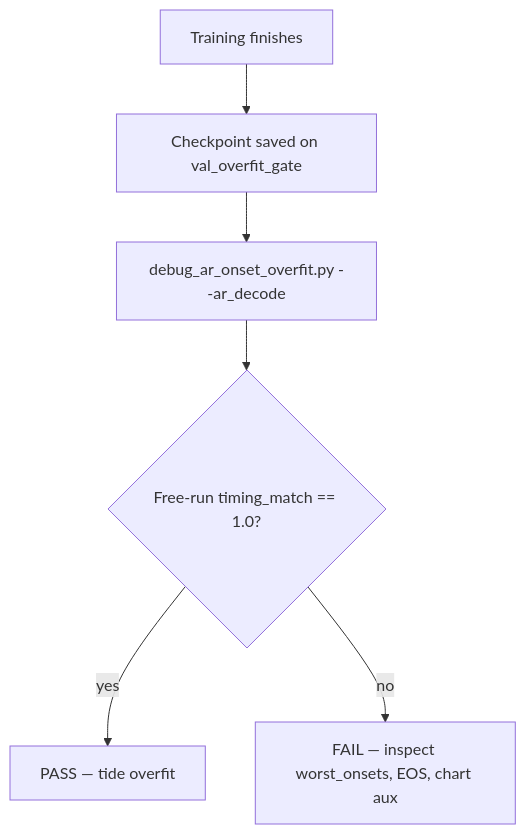
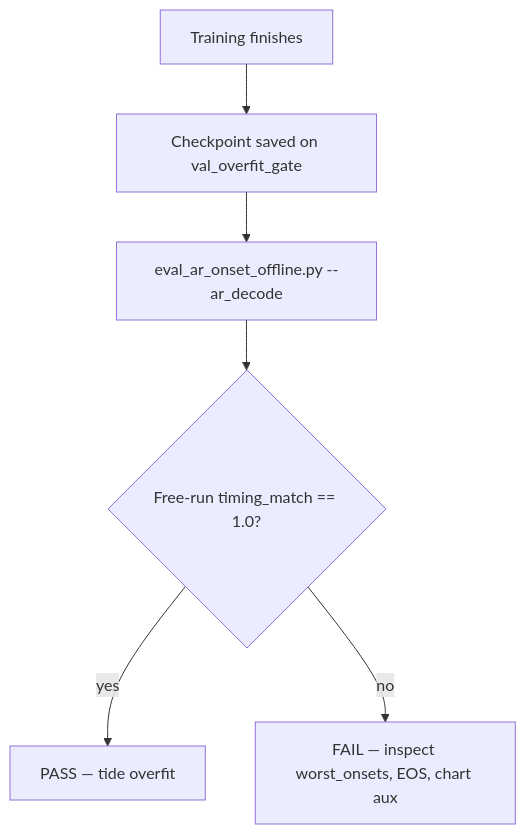
One commit to cpuguy96/StepCOVNet changed the diagram in docs/research/ONSET_METRICS_EVALUATION.md. Above: the diagram before and after it, drawn with Mermaid. The commit also changed other lines of this file and 21 other files, not shown here.

First line of the commit message:
Rename AR offline eval script and add teacher preflight gate

````diff
--- a/docs/research/ONSET_METRICS_EVALUATION.md
+++ b/docs/research/ONSET_METRICS_EVALUATION.md
@@ -181,8 +181,8 @@
 ```mermaid
 flowchart TD
   T[Training finishes] --> C[Checkpoint saved on val_overfit_gate]
-  C --> D[debug_ar_onset_overfit.py --ar_decode]
+  C --> D[eval_ar_onset_offline.py --ar_decode]
   D --> G{Free-run timing_match == 1.0?}
   G -->|yes| P[PASS — tide overfit]
   G -->|no| F[FAIL — inspect worst_onsets, EOS, chart aux]
 ```
````
